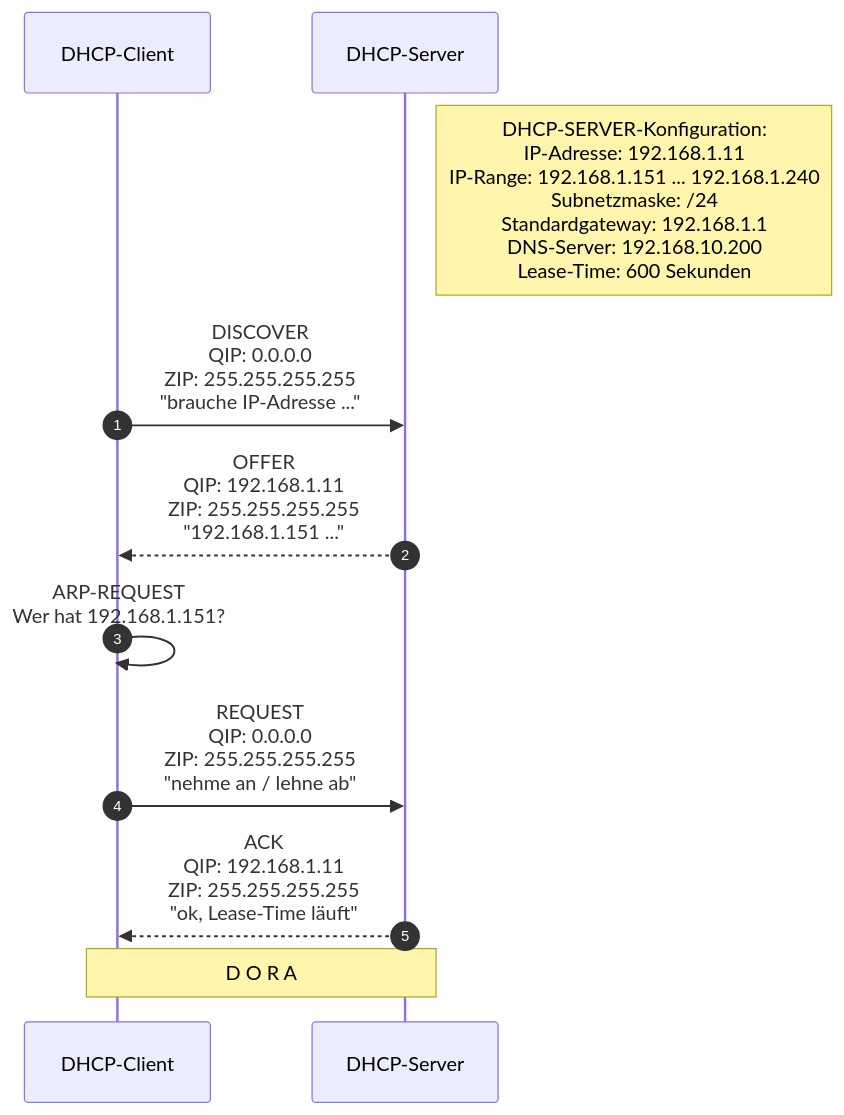
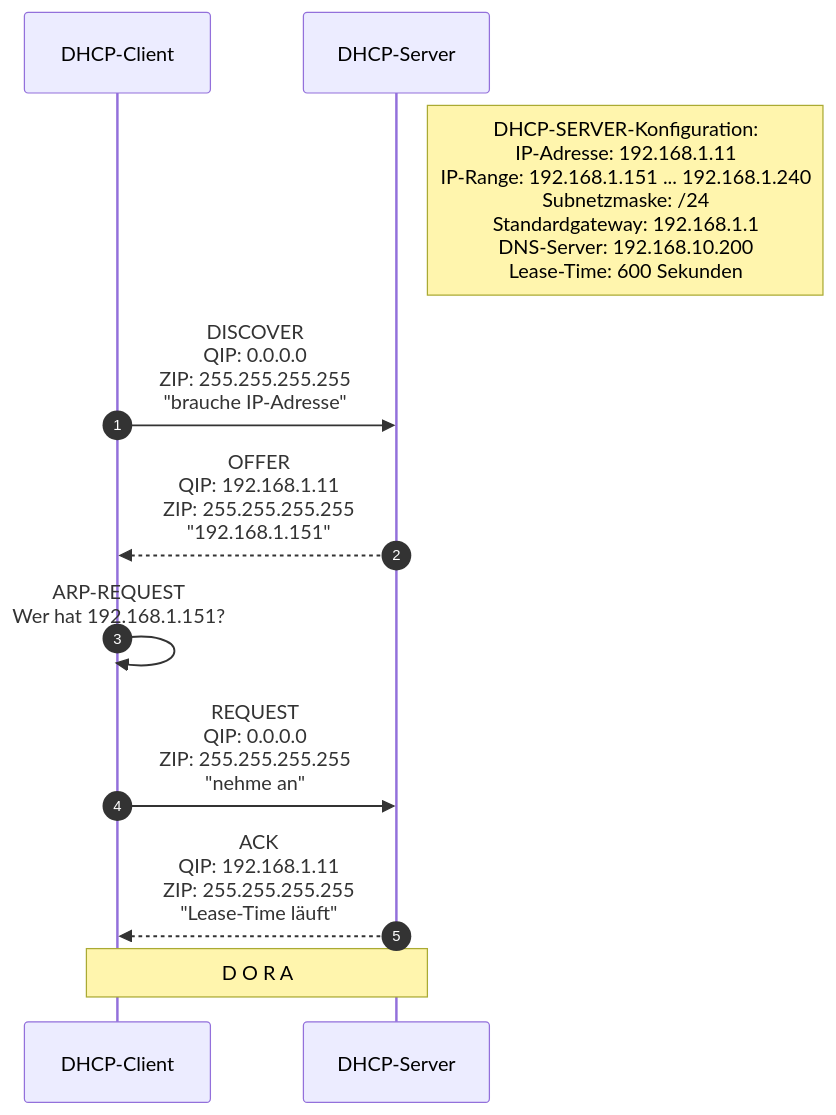
The first of 4 diagrams in NT/TRE/03-12-2025_NT_TRE.md (seanconroy-dev/FIAE_Umschulung_Notes), drawn with Mermaid before and after one commit. The commit also changed other lines of this file, not shown here.

````diff
--- a/NT/TRE/03-12-2025_NT_TRE.md
+++ b/NT/TRE/03-12-2025_NT_TRE.md
@@ -2,17 +40,16 @@
 ```mermaid
 sequenceDiagram
     autonumber
     participant C as DHCP-Client
     participant S as DHCP-Server
 
     Note right of S: DHCP-SERVER-Konfiguration:<br/>IP-Adresse: 192.168.1.11<br/>IP-Range: 192.168.1.151 ... 192.168.1.240<br/>Subnetzmaske: /24<br/>Standardgateway: 192.168.1.1<br/>DNS-Server: 192.168.10.200<br/>Lease-Time: 600 Sekunden
 
-    C->>S: DISCOVER<br/>QIP: 0.0.0.0<br/>ZIP: 255.255.255.255<br/>"brauche IP-Adresse ..."
-    S-->>C: OFFER<br/>QIP: 192.168.1.11<br/>ZIP: 255.255.255.255<br/>"192.168.1.151 ..."
+    C->>S: DISCOVER<br/>QIP: 0.0.0.0<br/>ZIP: 255.255.255.255<br/>"brauche IP-Adresse"
+    S-->>C: OFFER<br/>QIP: 192.168.1.11<br/>ZIP: 255.255.255.255<br/>"192.168.1.151"
     C->>C: ARP-REQUEST<br/>Wer hat 192.168.1.151?
-    C->>S: REQUEST<br/>QIP: 0.0.0.0<br/>ZIP: 255.255.255.255<br/>"nehme an / lehne ab"
-    S-->>C: ACK<br/>QIP: 192.168.1.11<br/>ZIP: 255.255.255.255<br/>"ok, Lease-Time läuft"
+    C->>S: REQUEST<br/>QIP: 0.0.0.0<br/>ZIP: 255.255.255.255<br/>"nehme an"
+    S-->>C: ACK<br/>QIP: 192.168.1.11<br/>ZIP: 255.255.255.255<br/>"Lease-Time läuft"
 
     Note over C,S: D O R A
-
 ```
````
